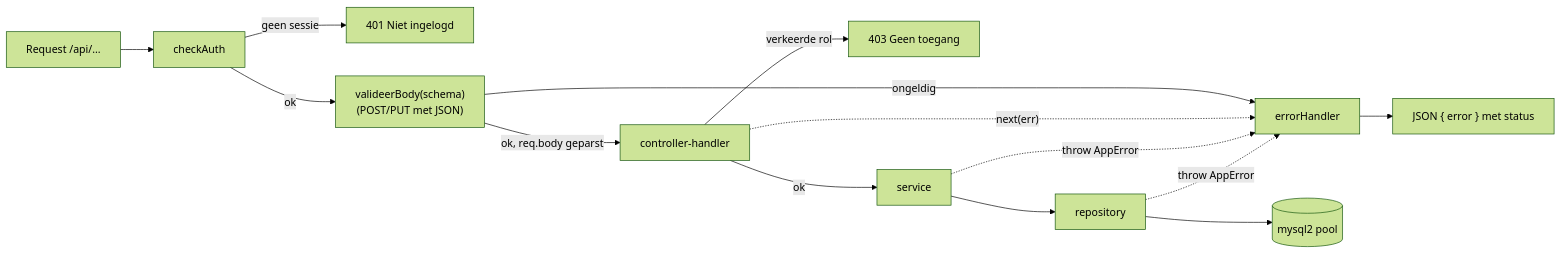
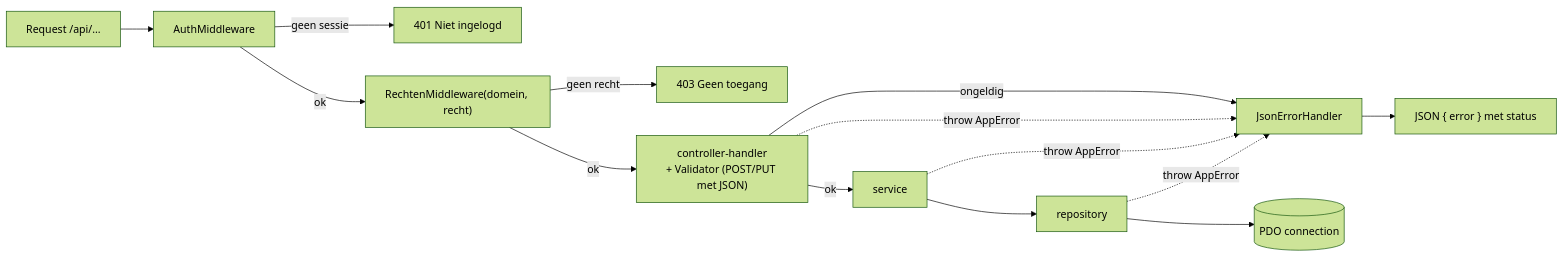
The first of 10 diagrams in docs/EDS.md (pjgheijmans/NewSiteWaterbeheerDeBercken), drawn with Mermaid (forest theme) before and after one commit. The commit also changed other lines of this file and 1 other file, not shown here.

````diff
--- a/docs/EDS.md
+++ b/docs/EDS.md
@@ -145,16 +150,16 @@
 ```mermaid
 graph LR
-    R["Request /api/..."] --> CA["checkAuth"]
+    R["Request /api/..."] --> CA["AuthMiddleware"]
     CA -->|"geen sessie"| E401["401 Niet ingelogd"]
-    CA -->|"ok"| VB["valideerBody(schema)\n(POST/PUT met JSON)"]
-    VB -->|"ongeldig"| EH
-    VB -->|"ok, req.body geparst"| H["controller-handler"]
-    H -->|"verkeerde rol"| E403["403 Geen toegang"]
+    CA -->|"ok"| RM["RechtenMiddleware(domein, recht)"]
+    RM -->|"geen recht"| E403["403 Geen toegang"]
+    RM -->|"ok"| H["controller-handler\n+ Validator (POST/PUT met JSON)"]
+    H -->|"ongeldig"| EH
     H -->|"ok"| SVC["service"]
     SVC --> REPO["repository"]
-    REPO --> POOL[("mysql2 pool")]
-    H -.->|"next(err)"| EH["errorHandler"]
+    REPO --> PDO[("PDO connection")]
+    H -.->|"throw AppError"| EH["JsonErrorHandler"]
     SVC -.->|"throw AppError"| EH
     REPO -.->|"throw AppError"| EH
     EH --> RESP["JSON { error } met status"]
 ```
````
